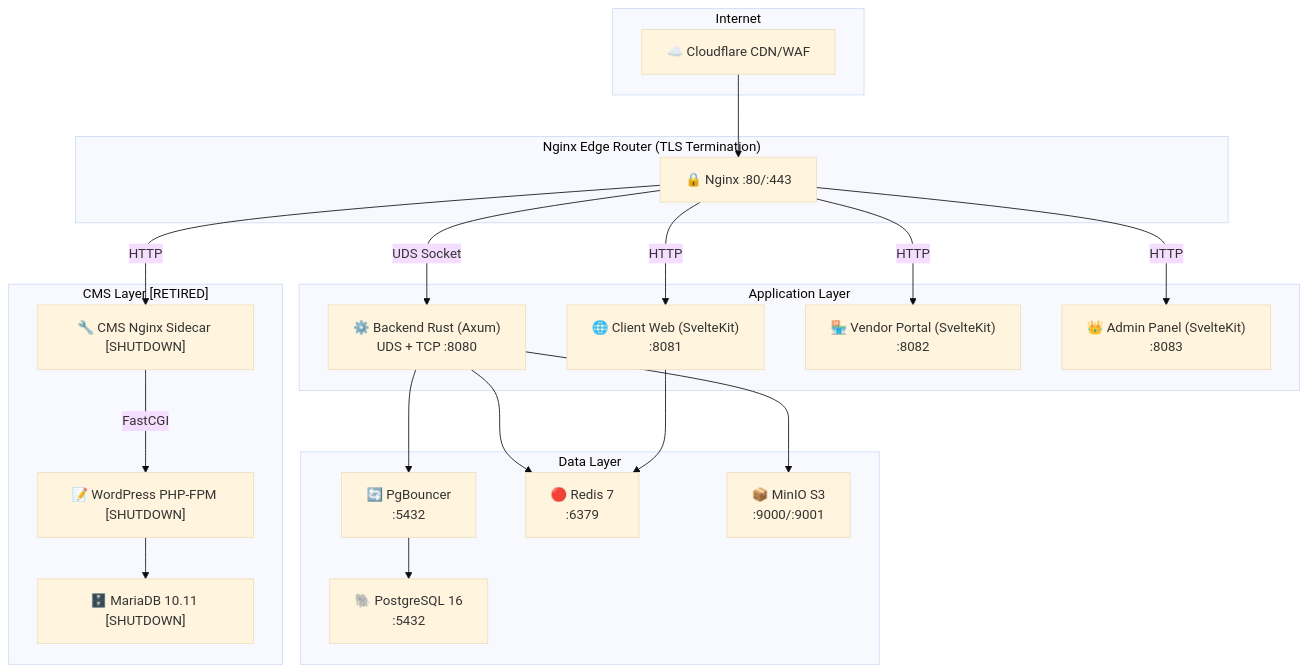
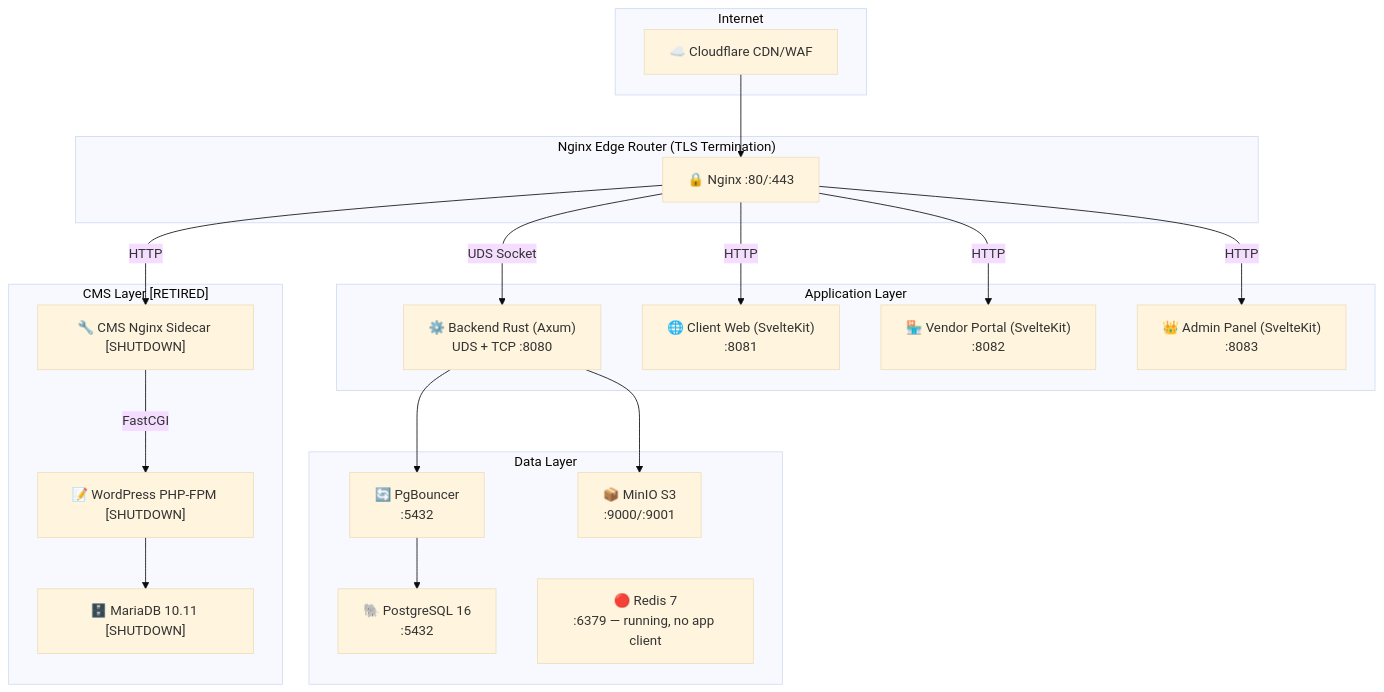
One commit to ramizbhai/zafafworld.net changed the first of 2 diagrams in README.md. Above: the diagram before and after it, drawn with Mermaid (base theme). The commit also changed other lines of this file and 30 other files, not shown here.

````diff
--- a/README.md
+++ b/README.md
@@ -9,45 +9,43 @@
 ```mermaid
 graph TB
     subgraph Internet
         CF["☁️ Cloudflare CDN/WAF"]
     end
     
     subgraph "Nginx Edge Router (TLS Termination)"
         NG["🔒 Nginx :80/:443"]
     end
     
     subgraph "Application Layer"
         BE["⚙️ Backend Rust (Axum)<br/>UDS + TCP :8080"]
         CW["🌐 Client Web (SvelteKit)<br/>:8081"]
         VP["🏪 Vendor Portal (SvelteKit)<br/>:8082"]
         AP["👑 Admin Panel (SvelteKit)<br/>:8083"]
     end
     
     subgraph "Data Layer"
         PG["🐘 PostgreSQL 16<br/>:5432"]
         PB["🔄 PgBouncer<br/>:5432"]
-        RD["🔴 Redis 7<br/>:6379"]
+        RD["🔴 Redis 7<br/>:6379 — running, no app client"]
         MN["📦 MinIO S3<br/>:9000/:9001"]
     end
     
     subgraph "CMS Layer [RETIRED]"
         WP["📝 WordPress PHP-FPM [SHUTDOWN]"]
         WPNG["🔧 CMS Nginx Sidecar [SHUTDOWN]"]
         MDB["🗄️ MariaDB 10.11 [SHUTDOWN]"]
     end
     
     CF --> NG
     NG -->|"UDS Socket"| BE
     NG -->|"HTTP"| CW
     NG -->|"HTTP"| VP
     NG -->|"HTTP"| AP
     NG -->|"HTTP"| WPNG
     
     BE --> PB --> PG
-    BE --> RD
     BE --> MN
-    CW --> RD
     
     WPNG -->|"FastCGI"| WP
     WP --> MDB
 ```
````
